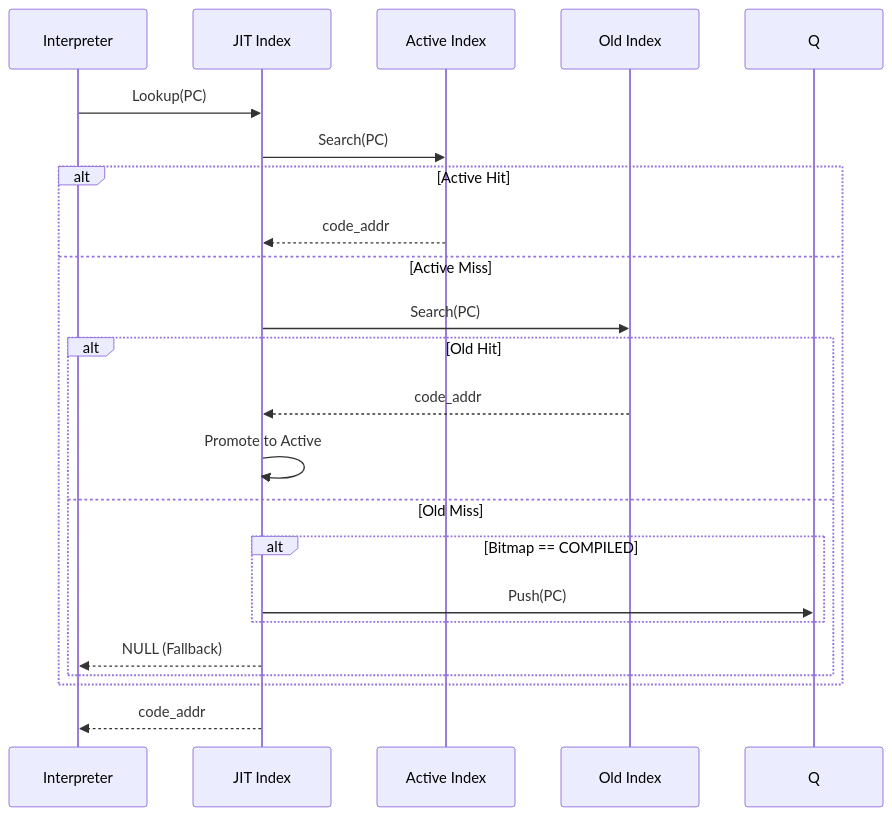
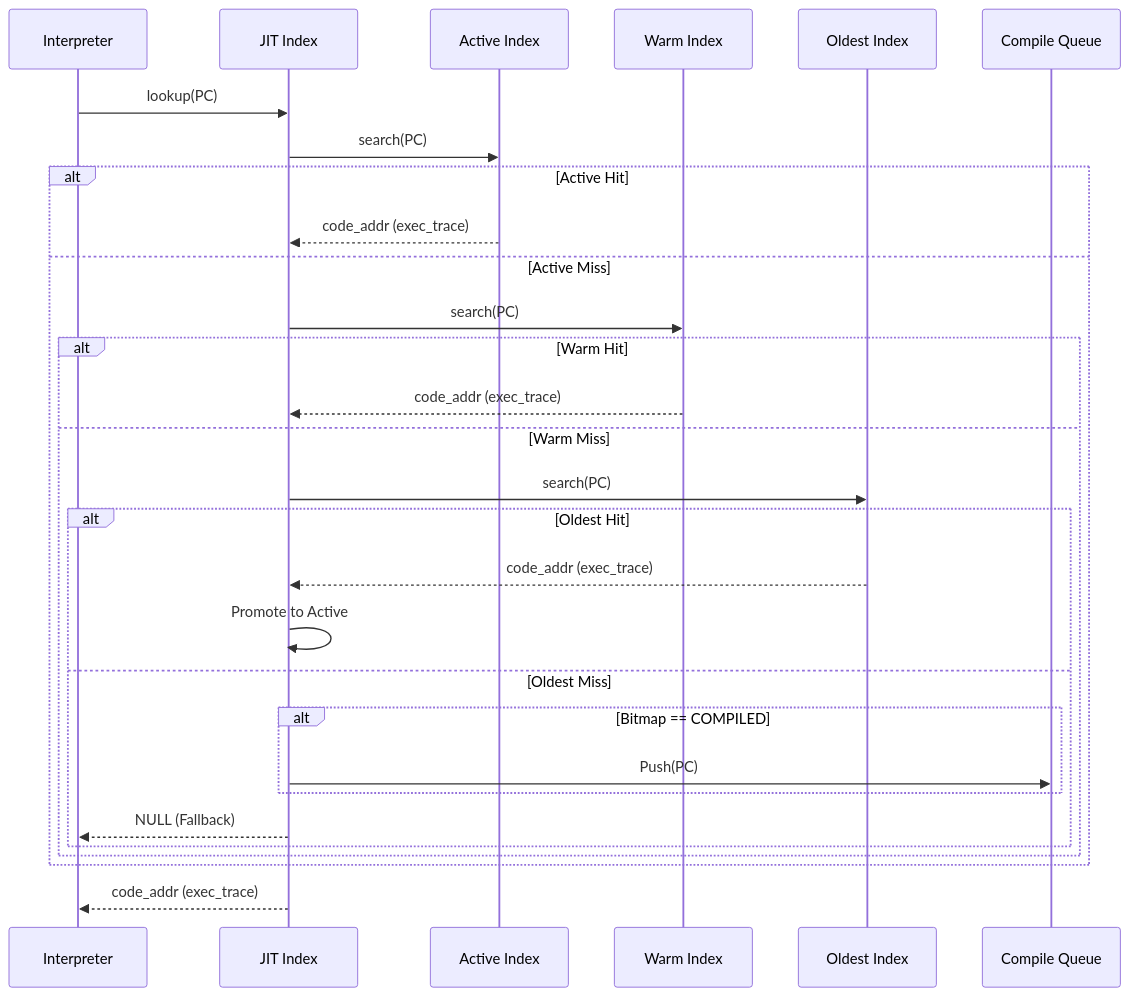
One commit to kmt-t/fireball changed the second of 2 diagrams in docs/components/tier3_jit/jit_runtime_entry.md. Above: the diagram before and after it, drawn with Mermaid. The commit also changed other lines of this file and 11 other files, not shown here.

````diff
--- a/docs/components/tier3_jit/jit_runtime_entry.md
+++ b/docs/components/tier3_jit/jit_runtime_entry.md
@@ -55,25 +55,32 @@
 ```mermaid
 sequenceDiagram
     participant I as Interpreter
     participant M as JIT Index
     participant A as Active Index
-    participant O as Old Index
+    participant W as Warm Index
+    participant O as Oldest Index
+    participant Q as Compile Queue
 
-    I->>M: Lookup(PC)
-    M->>A: Search(PC)
+    I->>M: lookup(PC)
+    M->>A: search(PC)
     alt Active Hit
-        A-->>M: code_addr
+        A-->>M: code_addr (exec_trace)
     else Active Miss
-        M->>O: Search(PC)
-        alt Old Hit
-            O-->>M: code_addr
-            M->>M: Promote to Active
-        else Old Miss
-            alt Bitmap == COMPILED
-                M->>Q: Push(PC)
+        M->>W: search(PC)
+        alt Warm Hit
+            W-->>M: code_addr (exec_trace)
+        else Warm Miss
+            M->>O: search(PC)
+            alt Oldest Hit
+                O-->>M: code_addr (exec_trace)
+                M->>M: Promote to Active
+            else Oldest Miss
+                alt Bitmap == COMPILED
+                    M->>Q: Push(PC)
+                end
+                M-->>I: NULL (Fallback)
             end
-            M-->>I: NULL (Fallback)
         end
     end
-    M-->>I: code_addr
+    M-->>I: code_addr (exec_trace)
 ```
````
